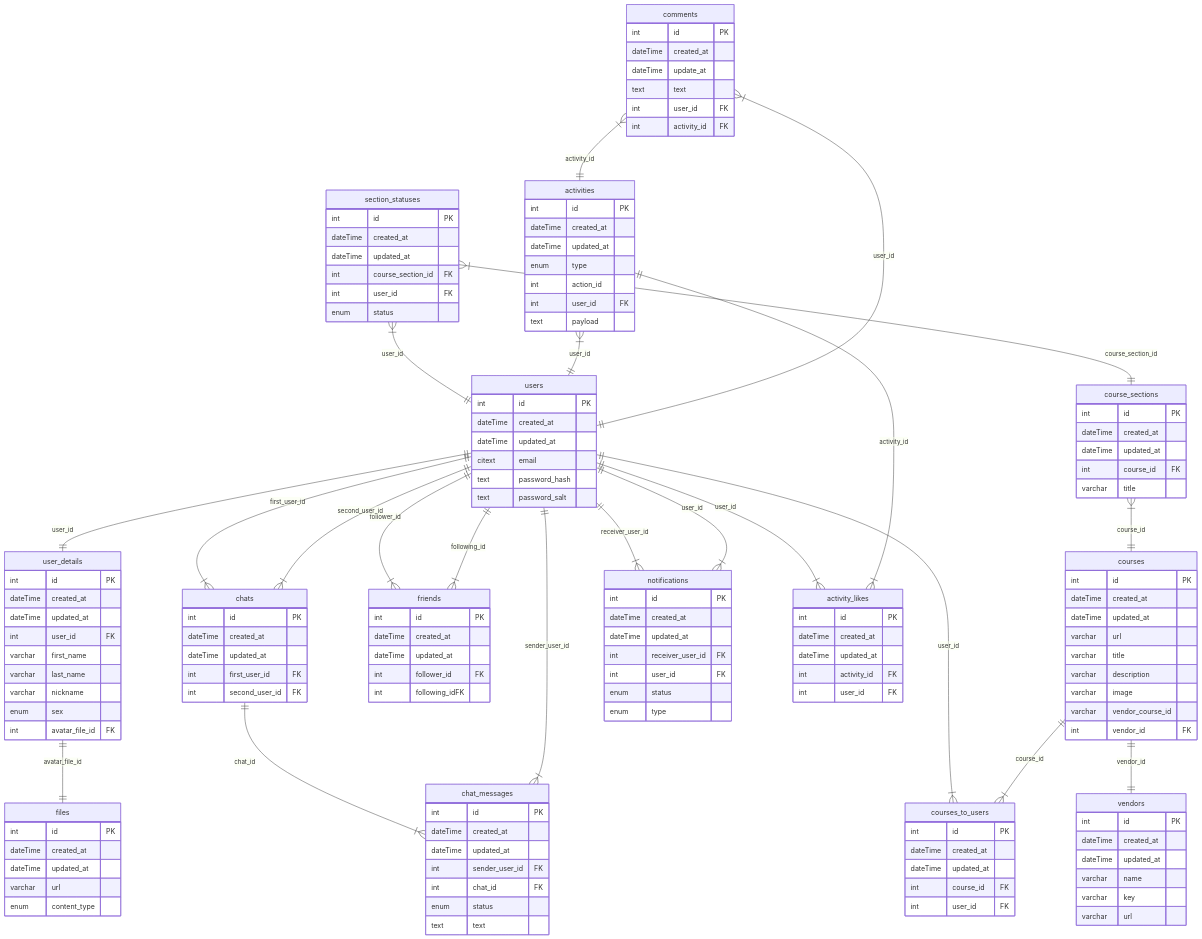
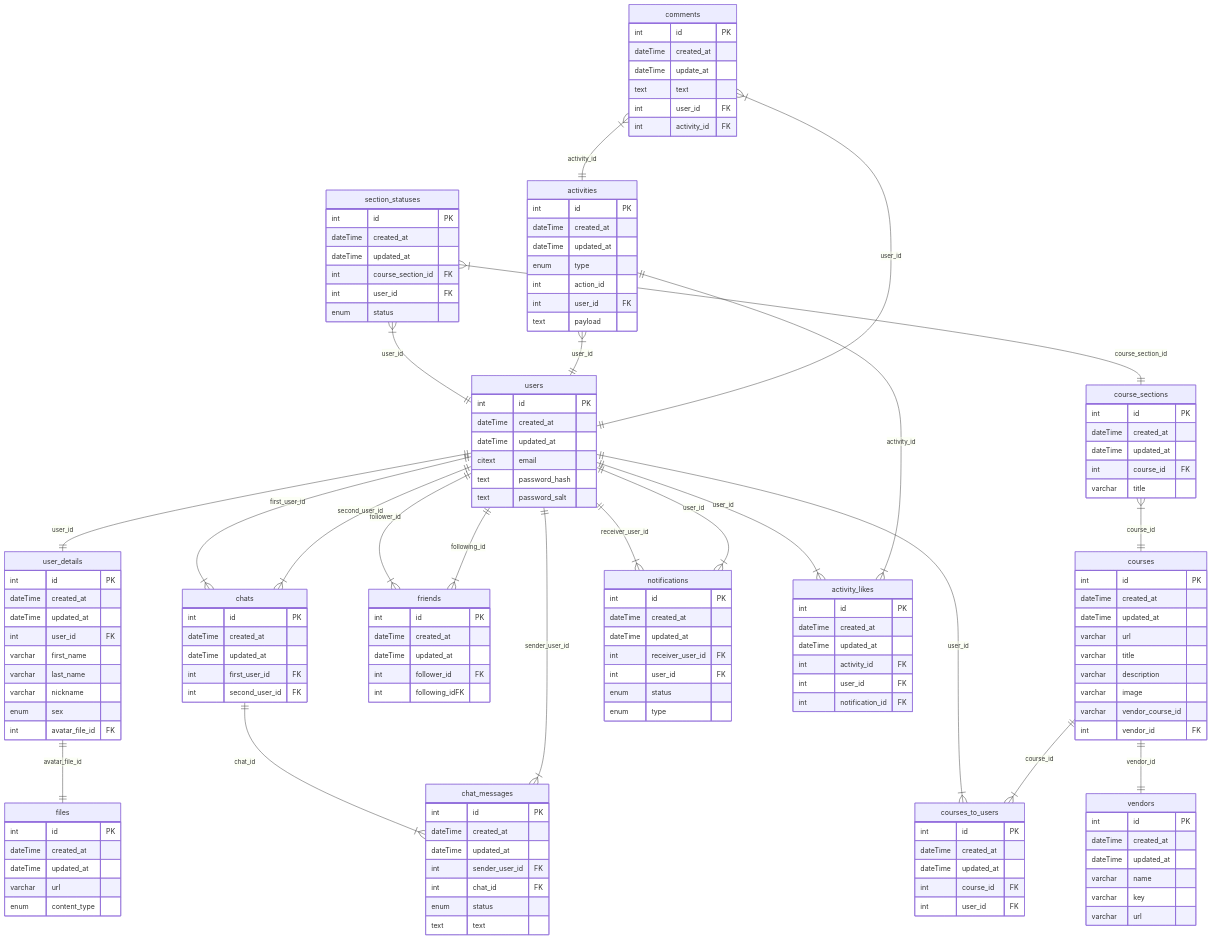
One commit to BinaryStudioAcademy/bsa-winter-2023-2024-trackmates changed the diagram in readme.md. Above: the diagram before and after it, drawn with Mermaid.

Commit message:
feat: update db scheme tm-445

```diff
--- a/readme.md
+++ b/readme.md
@@ -152,6 +152,7 @@
     dateTime updated_at
     int activity_id FK
     int user_id FK
+    int notification_id FK
    }
 
   comments {
```
